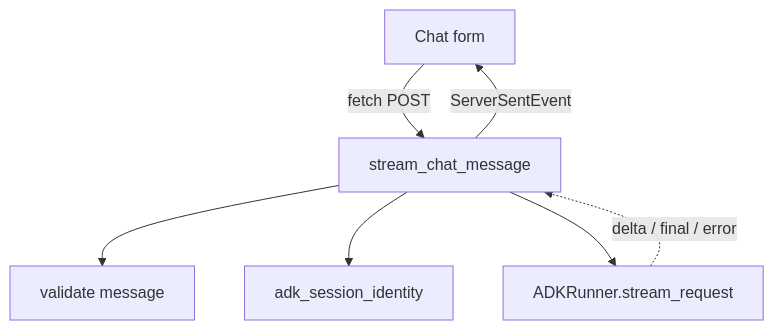
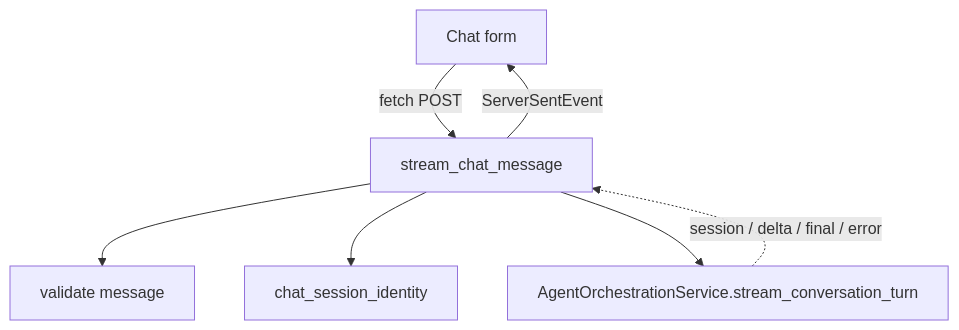
Before and after one commit to cofin/oracledb-vertexai-demo: the second of 3 diagrams in docs/tour.md, drawn with Mermaid. The commit also changed other lines of this file and 468 other files, not shown here.

````diff
--- a/docs/tour.md
+++ b/docs/tour.md
@@ -50,9 +47,9 @@
 ```{mermaid}
 flowchart TD
     F[Chat form] -->|fetch POST| H[stream_chat_message]
     H --> I[validate message]
-    H --> S[adk_session_identity]
-    H --> R[ADKRunner.stream_request]
-    R -. delta / final / error .-> H
+    H --> S[chat_session_identity]
+    H --> R[AgentOrchestrationService.stream_conversation_turn]
+    R -. session / delta / final / error .-> H
     H -->|ServerSentEvent| F
 ```
````
